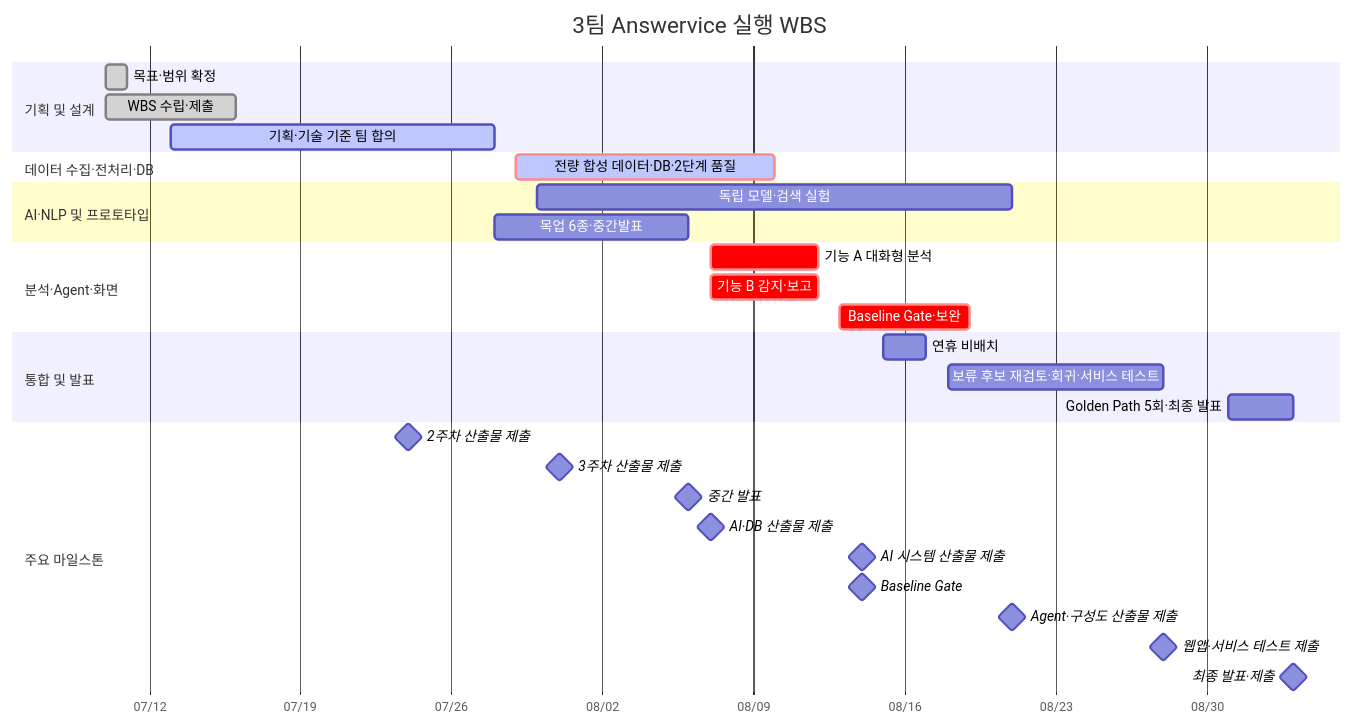
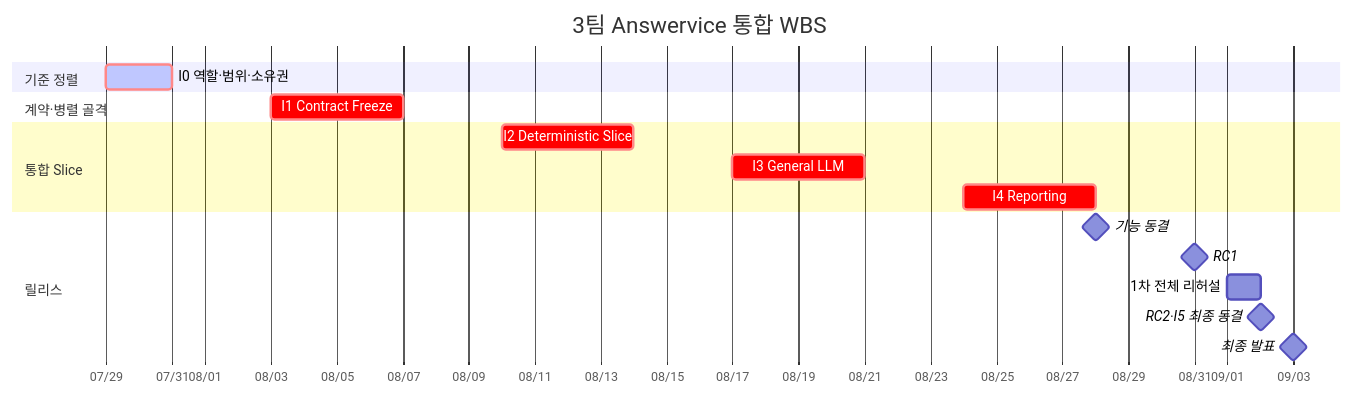
One commit to hijun318-eng/skn29_final_3team changed the diagram in docs/markdown/02_WBS.md. Above: the diagram before and after it, drawn with Mermaid. The commit also changed other lines of this file and 33 other files, not shown here.

````diff
--- a/docs/markdown/02_WBS.md
+++ b/docs/markdown/02_WBS.md
@@ -94,39 +86,24 @@
 ```mermaid
 gantt
-    title 3팀 Answervice 실행 WBS
+    title 3팀 Answervice 통합 WBS
     dateFormat  YYYY-MM-DD
     axisFormat  %m/%d
 
-    section 기획 및 설계
-    목표·범위 확정                  :done, wbs_11, 2026-07-10, 1d
-    WBS 수립·제출                   :done, wbs_14, 2026-07-10, 2026-07-16
-    기획·기술 기준 팀 합의           :active, phase_1, 2026-07-13, 2026-07-28
+    section 기준 정렬
+    I0 역할·범위·소유권             :crit, active, i0, 2026-07-29, 2026-07-31
 
-    section 데이터 수집·전처리·DB
-    전량 합성 데이터·DB·2단계 품질    :crit, active, phase_2, 2026-07-29, 2026-08-10
+    section 계약·병렬 골격
+    I1 Contract Freeze              :crit, i1, 2026-08-03, 2026-08-07
 
-    section AI·NLP 및 프로토타입
-    독립 모델·검색 실험             :phase_3, 2026-07-30, 2026-08-21
-    목업 6종·중간발표               :phase_4, 2026-07-28, 2026-08-06
+    section 통합 Slice
+    I2 Deterministic Slice           :crit, i2, 2026-08-10, 2026-08-14
+    I3 General LLM                   :crit, i3, 2026-08-17, 2026-08-21
+    I4 Reporting                     :crit, i4, 2026-08-24, 2026-08-28
 
-    section 분석·Agent·화면
-    기능 A 대화형 분석              :crit, phase_5a, 2026-08-07, 2026-08-12
-    기능 B 감지·보고                :crit, phase_5b, 2026-08-07, 2026-08-12
-    Baseline Gate·보완              :crit, phase_6, 2026-08-13, 2026-08-19
-
-    section 통합 및 발표
-    연휴 비배치                     :holiday, 2026-08-15, 2026-08-17
-    보류 후보 재검토·회귀·서비스 테스트 :phase_7, 2026-08-18, 2026-08-28
-    Golden Path 5회·최종 발표        :phase_8, 2026-08-31, 2026-09-03
-
-    section 주요 마일스톤
-    2주차 산출물 제출               :milestone, ms_0724, 2026-07-24, 0d
-    3주차 산출물 제출               :milestone, ms_0731, 2026-07-31, 0d
-    중간 발표                      :milestone, ms_0806, 2026-08-06, 0d
-    AI·DB 산출물 제출               :milestone, ms_0807, 2026-08-07, 0d
-    AI 시스템 산출물 제출           :milestone, ms_0814, 2026-08-14, 0d
-    Baseline Gate                  :milestone, gate_0814, 2026-08-14, 0d
-    Agent·구성도 산출물 제출        :milestone, ms_0821, 2026-08-21, 0d
-    웹앱·서비스 테스트 제출         :milestone, ms_0828, 2026-08-28, 0d
-    최종 발표·제출                 :milestone, ms_0903, 2026-09-03, 0d
+    section 릴리스
+    기능 동결                        :milestone, freeze_feature, 2026-08-28, 0d
+    RC1                              :milestone, rc1, 2026-08-31, 0d
+    1차 전체 리허설                  :rehearsal, 2026-09-01, 1d
+    RC2·I5 최종 동결                 :milestone, rc2, 2026-09-02, 0d
+    최종 발표                        :milestone, final, 2026-09-03, 0d
 ```
````
